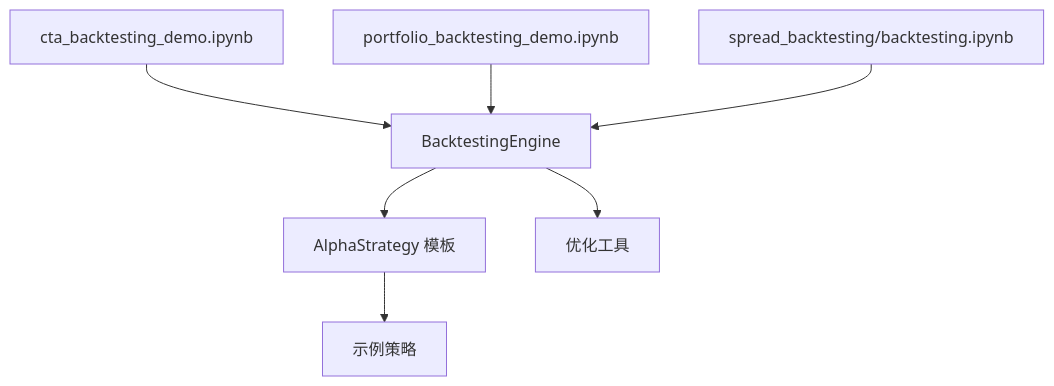
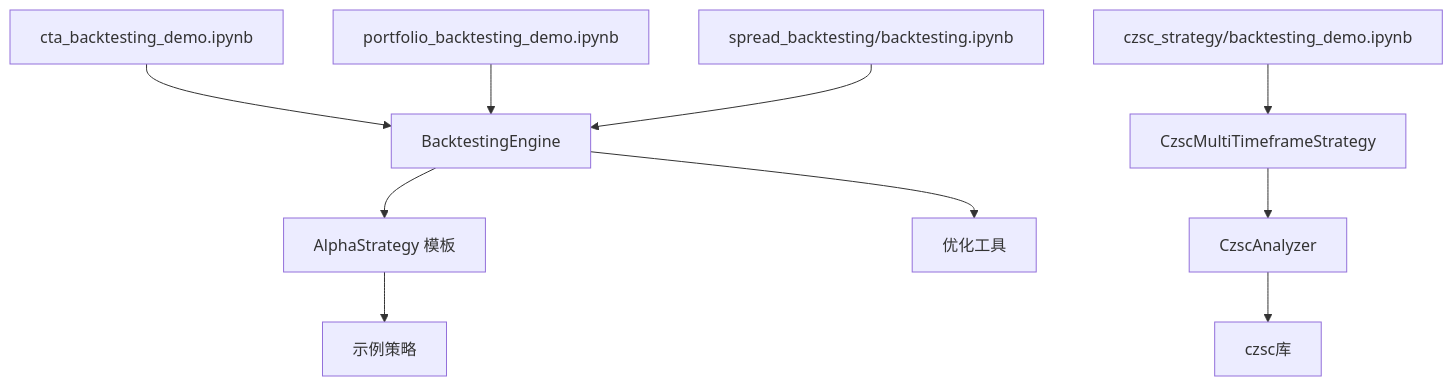
Before and after one commit to maxtwoon/vnpy: the ninth of 9 diagrams in .qoder/repowiki/zh/content/示例和教程/回测示例.md, drawn with Mermaid. The commit also changed other lines of this file and 3 other files, not shown here.

````diff
--- a/.qoder/repowiki/zh/content/示例和教程/回测示例.md
+++ b/.qoder/repowiki/zh/content/示例和教程/回测示例.md
@@ -270,9 +392,12 @@
 ```mermaid
 graph TB
 NB1["cta_backtesting_demo.ipynb"] --> BE["BacktestingEngine"]
 NB2["portfolio_backtesting_demo.ipynb"] --> BE
 NB3["spread_backtesting/backtesting.ipynb"] --> BE
+NB4["czsc_strategy/backtesting_demo.ipynb"] --> CS["CzscMultiTimeframeStrategy"]
+CS --> CA["CzscAnalyzer"]
+CA --> CZSC_LIB["czsc库"]
 BE --> TPL["AlphaStrategy 模板"]
 TPL --> STRAT["示例策略"]
 BE --> OPT["优化工具"]
 ```
````
